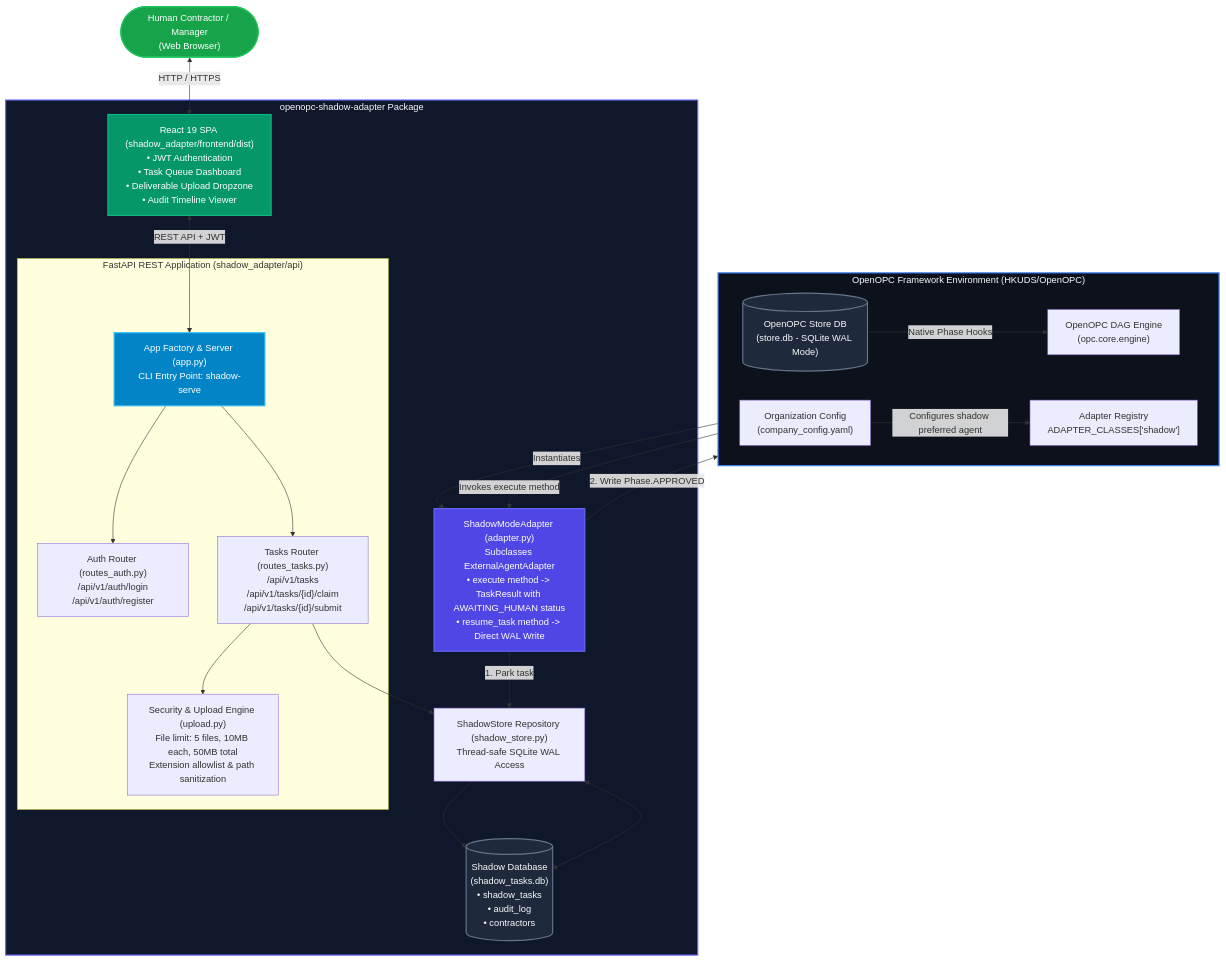
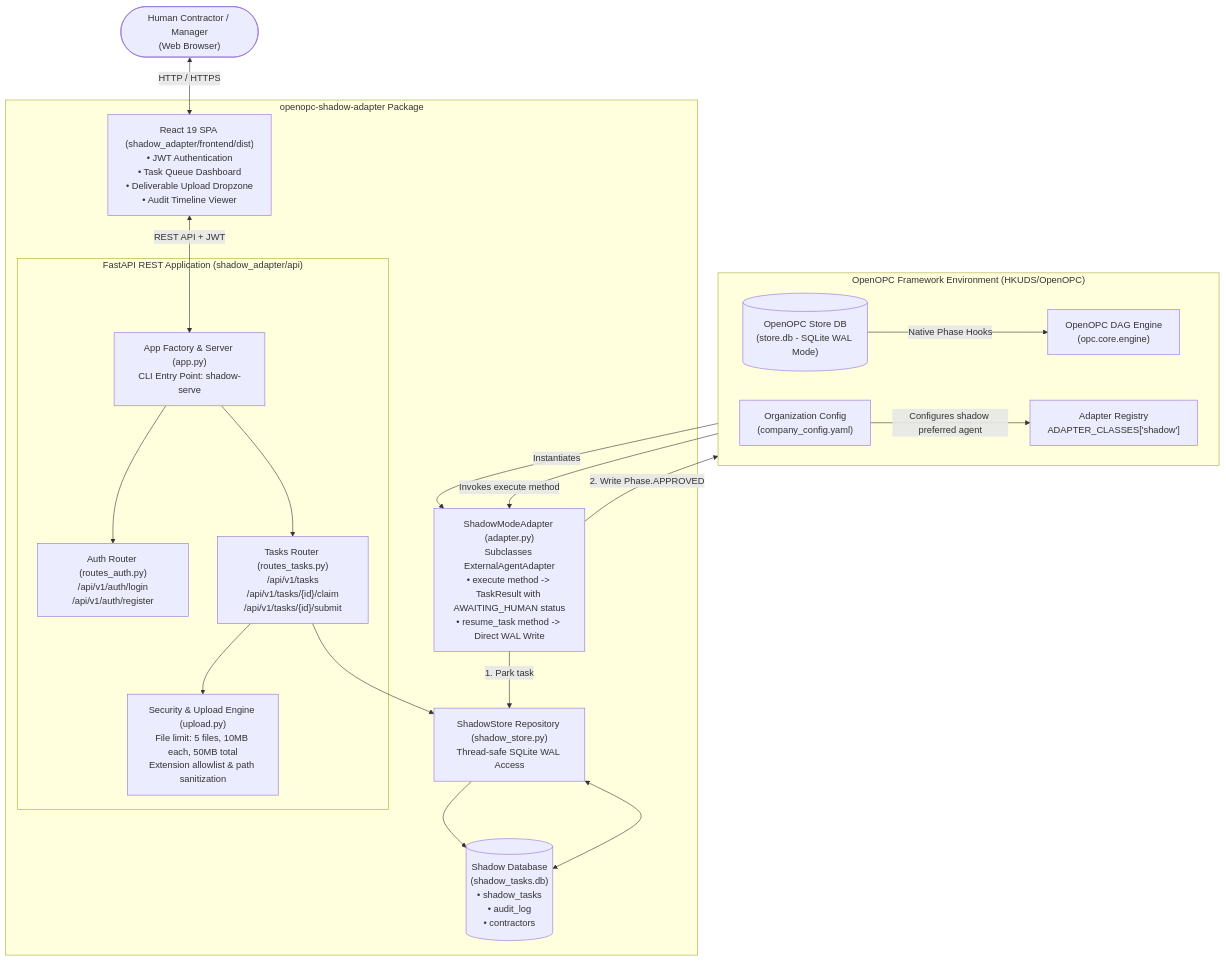
Before and after one commit to AhmadHassan-BTed/OpenOPC-Shadow-Adapter: the sixth of 6 diagrams in README.md, drawn with Mermaid. The commit also changed other lines of this file, not shown here.

Commit message:
docs(readme): remove custom inline fills and styles from all Mermaid diagrams

````diff
--- a/README.md
+++ b/README.md
@@ -340,53 +305,44 @@
 ```mermaid
 flowchart TD
     subgraph HostEnv ["OpenOPC Framework Environment (HKUDS/OpenOPC)"]
         direction LR
         EngineCore["OpenOPC DAG Engine\n(opc.core.engine)"]
         Registry["Adapter Registry\nADAPTER_CLASSES['shadow']"]
         ConfigYaml["Organization Config\n(company_config.yaml)"]
         OPCStore[("OpenOPC Store DB\n(store.db - SQLite WAL Mode)")]
     end
 
     subgraph ShadowPackage ["openopc-shadow-adapter Package"]
         AdapterImpl["ShadowModeAdapter (adapter.py)\nSubclasses ExternalAgentAdapter\n• execute method -> TaskResult with AWAITING_HUMAN status\n• resume_task method -> Direct WAL Write"]
         
         subgraph APILayer ["FastAPI REST Application (shadow_adapter/api)"]
             AppFactory["App Factory & Server (app.py)\nCLI Entry Point: shadow-serve"]
             AuthRoutes["Auth Router (routes_auth.py)\n/api/v1/auth/login\n/api/v1/auth/register"]
             TaskRoutes["Tasks Router (routes_tasks.py)\n/api/v1/tasks\n/api/v1/tasks/{id}/claim\n/api/v1/tasks/{id}/submit"]
             UploadSecurity["Security & Upload Engine (upload.py)\nFile limit: 5 files, 10MB each, 50MB total\nExtension allowlist & path sanitization"]
         end
 
         StoreRepo["ShadowStore Repository (shadow_store.py)\nThread-safe SQLite WAL Access"]
         ShadowDB[("Shadow Database\n(shadow_tasks.db)\n• shadow_tasks\n• audit_log\n• contractors")]
         
         FrontendSPA["React 19 SPA (shadow_adapter/frontend/dist)\n• JWT Authentication\n• Task Queue Dashboard\n• Deliverable Upload Dropzone\n• Audit Timeline Viewer"]
     end
 
     ClientBrowser(["Human Contractor / Manager\n(Web Browser)"])
 
     ConfigYaml -->|Configures shadow preferred agent| Registry
     Registry -->|Instantiates| AdapterImpl
     EngineCore -->|Invokes execute method| AdapterImpl
     AdapterImpl -->|1. Park task| StoreRepo
     StoreRepo --> ShadowDB
     AdapterImpl -->|2. Write Phase.APPROVED| OPCStore
     OPCStore -->|Native Phase Hooks| EngineCore
 
     ClientBrowser <-->|HTTP / HTTPS| FrontendSPA
     FrontendSPA <-->|REST API + JWT| AppFactory
     AppFactory --> AuthRoutes
     AppFactory --> TaskRoutes
     TaskRoutes --> UploadSecurity
     TaskRoutes --> StoreRepo
     StoreRepo <--> ShadowDB
-
-    style HostEnv fill:#0c111b,color:#f8fafc,stroke:#3b82f6,stroke-width:2px
-    style ShadowPackage fill:#0f172a,color:#f8fafc,stroke:#6366f1,stroke-width:2px
-    style AdapterImpl fill:#4f46e5,color:#ffffff,stroke:#6366f1,stroke-width:2px
-    style AppFactory fill:#0284c7,color:#ffffff,stroke:#38bdf8,stroke-width:2px
-    style ShadowDB fill:#1e293b,color:#f8fafc,stroke:#64748b,stroke-width:2px
-    style OPCStore fill:#1e293b,color:#f8fafc,stroke:#64748b,stroke-width:2px
-    style FrontendSPA fill:#059669,color:#ffffff,stroke:#10b981,stroke-width:2px
-    style ClientBrowser fill:#16a34a,color:#ffffff,stroke:#22c55e,stroke-width:2px
 ```
````
